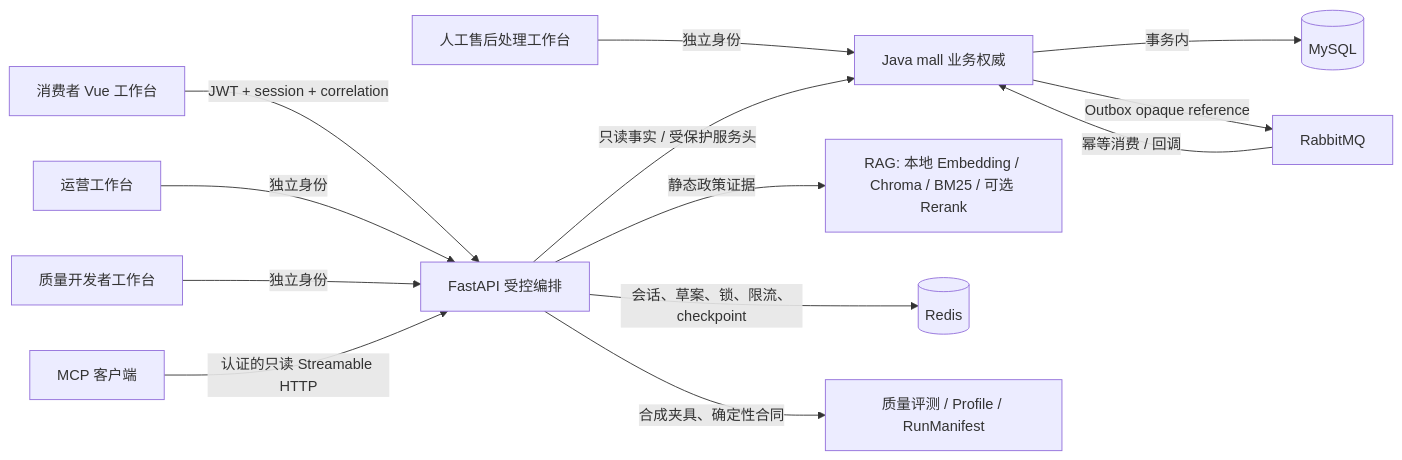
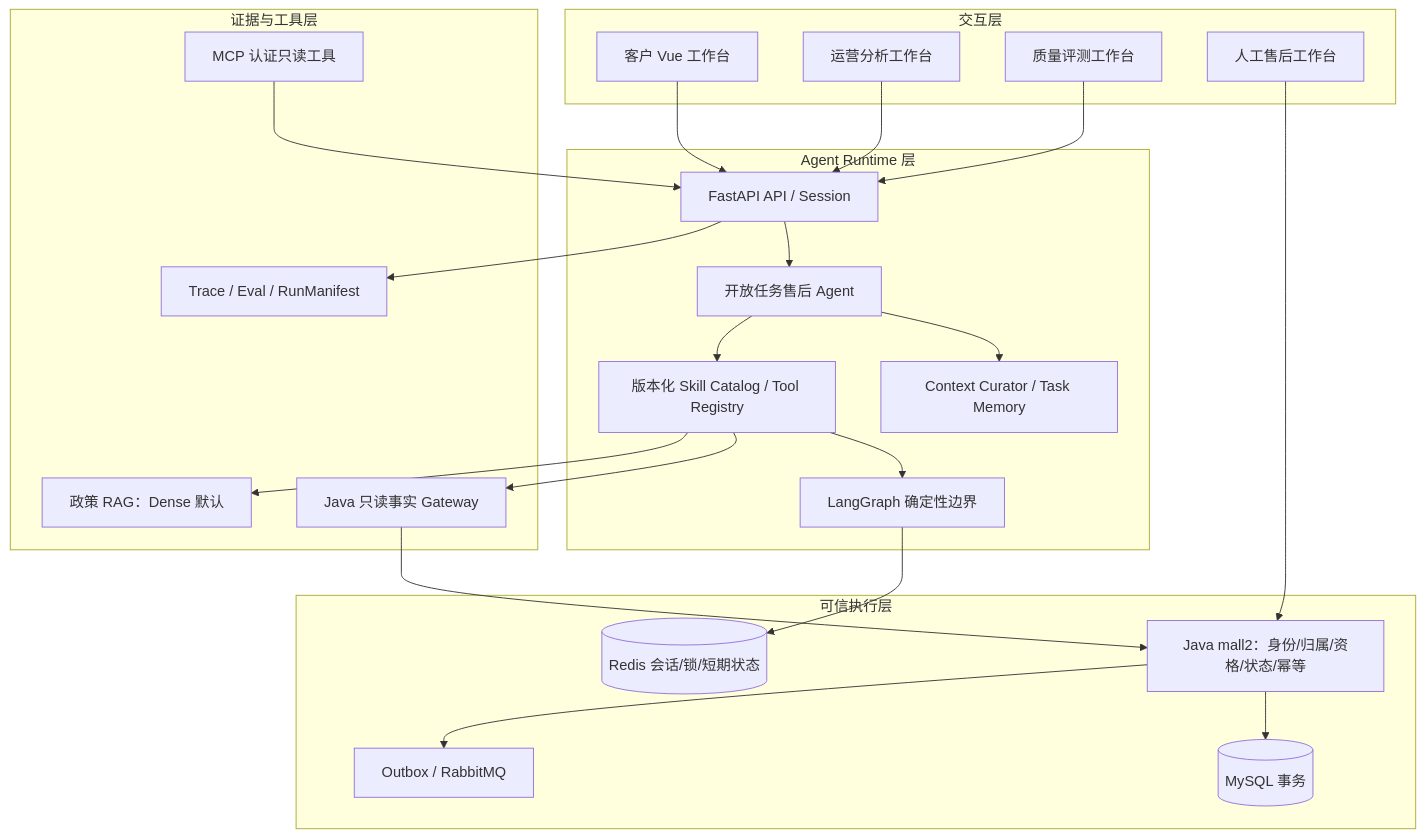
Before and after one commit to Eleven617/mall-ai-after-sales-platform: the diagram in docs/architecture.md, drawn with Mermaid. The commit also changed other lines of this file and 11 other files, not shown here.

````diff
--- a/docs/architecture.md
+++ b/docs/architecture.md
@@ -5,15 +7,44 @@
 ```mermaid
-flowchart LR
-  C[消费者 Vue 工作台] -->|JWT + session + correlation| F[FastAPI 受控编排]
-  O[运营工作台] -->|独立身份| F
-  Q[质量开发者工作台] -->|独立身份| F
-  H[人工售后处理工作台] -->|独立身份| J
-  F -->|只读事实 / 受保护服务头| J[Java mall 业务权威]
-  F -->|静态政策证据| R[RAG: 本地 Embedding / Chroma / BM25 / 可选 Rerank]
-  F -->|会话、草案、锁、限流、checkpoint| D[(Redis)]
-  J -->|事务内| M[(MySQL)]
-  J -->|Outbox opaque reference| B[RabbitMQ]
-  B -->|幂等消费 / 回调| J
-  X[MCP 客户端] -->|认证的只读 Streamable HTTP| F
-  F -->|合成夹具、确定性合同| E[质量评测 / Profile / RunManifest]
+flowchart TB
+  subgraph I[交互层]
+    C[客户 Vue 工作台]
+    O[运营分析工作台]
+    Q[质量评测工作台]
+    H[人工售后工作台]
+  end
+  subgraph R[Agent Runtime 层]
+    API[FastAPI API / Session]
+    X[开放任务售后 Agent]
+    K[Context Curator / Task Memory]
+    S[版本化 Skill Catalog / Tool Registry]
+    G[LangGraph 确定性边界]
+  end
+  subgraph E[证据与工具层]
+    JF[Java 只读事实 Gateway]
+    RG[政策 RAG：Dense 默认]
+    MCP[MCP 认证只读工具]
+    TR[Trace / Eval / RunManifest]
+  end
+  subgraph T[可信执行层]
+    JV[Java mall2：身份/归属/资格/状态/幂等]
+    DB[(MySQL 事务)]
+    OUT[Outbox / RabbitMQ]
+    RS[(Redis 会话/锁/短期状态)]
+  end
+  C --> API
+  O --> API
+  Q --> API
+  H --> JV
+  API --> X
+  X --> K
+  X --> S
+  S --> G
+  S --> JF
+  S --> RG
+  MCP --> API
+  API --> TR
+  JF --> JV
+  G --> RS
+  JV --> DB
+  JV --> OUT
 ```
````
